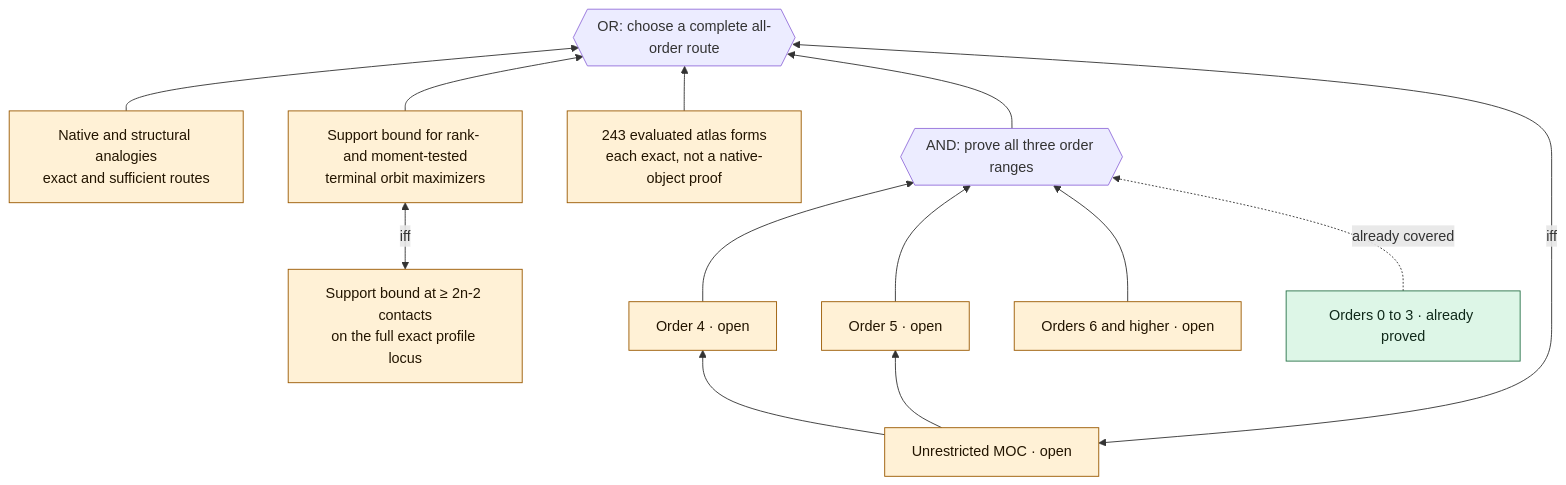
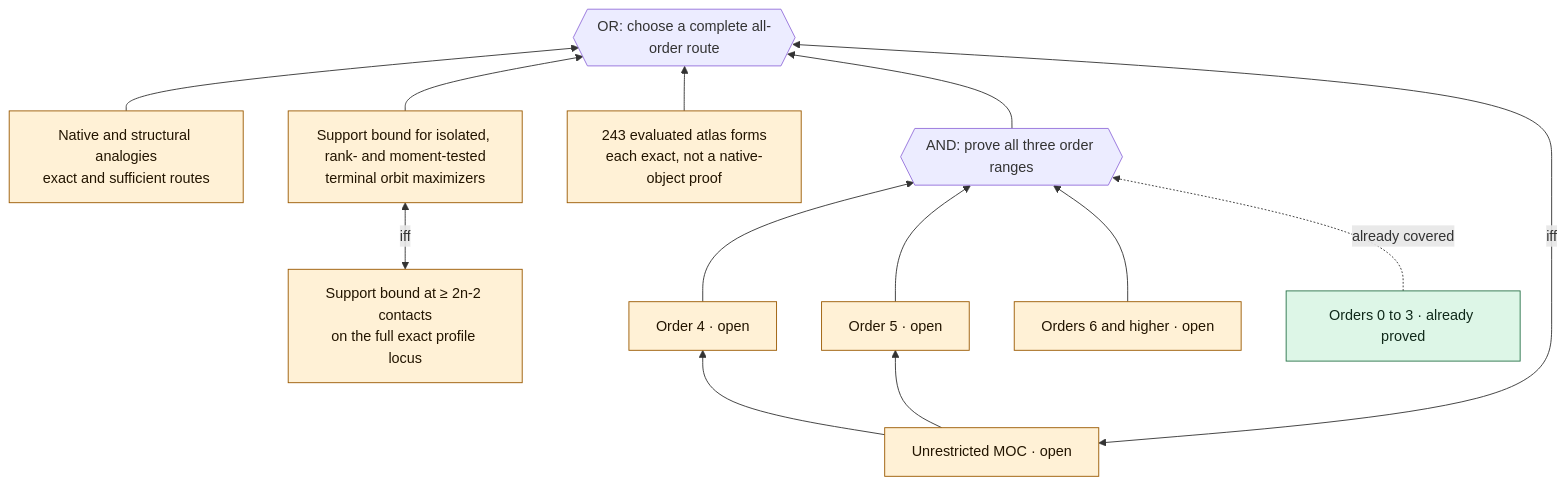
One commit to ascendnoosphere/MOC changed the first of 4 diagrams in Lean/ProofTree.md. Above: the diagram before and after it, drawn with Mermaid. The commit also changed other lines of this file and 17 other files, not shown here.

````diff
--- a/Lean/ProofTree.md
+++ b/Lean/ProofTree.md
@@ -12,28 +12,28 @@
 ```mermaid
 flowchart BT
     ALL["Unrestricted MOC · open"]:::open
     ROUTES{{"OR: choose a complete all-order route"}}
     NATIVE["Native and structural analogies<br/>exact and sufficient routes"]:::open
-    SAT["Support bound for rank- and moment-tested<br/>terminal orbit maximizers"]:::open
+    SAT["Support bound for isolated, rank- and moment-tested<br/>terminal orbit maximizers"]:::open
     SIMPLE["Support bound at ≥ 2n-2 contacts<br/>on the full exact profile locus"]:::open
     ATLAS["243 evaluated atlas forms<br/>each exact, not a native-object proof"]:::open
     SPLIT{{"AND: prove all three order ranges"}}
     FOUR["Order 4 · open"]:::open
     FIVE["Order 5 · open"]:::open
     HIGH["Orders 6 and higher · open"]:::open
     LOW["Orders 0 to 3 · already proved"]:::checked
     NATIVE --> ROUTES
     SIMPLE <-->|iff| SAT
     SAT --> ROUTES
     ATLAS --> ROUTES
     FOUR --> SPLIT
     FIVE --> SPLIT
     HIGH --> SPLIT
     LOW -. already covered .-> SPLIT
     SPLIT --> ROUTES
     ROUTES <-->|iff| ALL
     ALL --> FOUR
     ALL --> FIVE
     classDef open fill:#fff1d6,stroke:#9a5900,color:#231500
     classDef checked fill:#ddf6e7,stroke:#287348,color:#10291a
 ```
````
